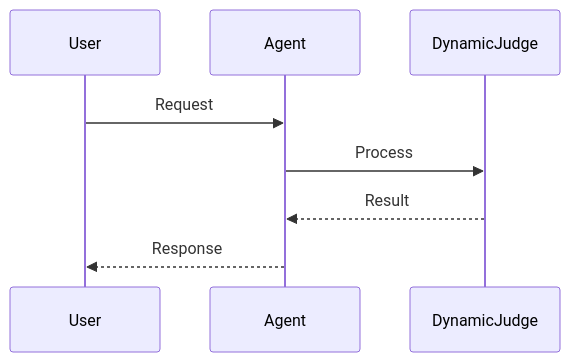
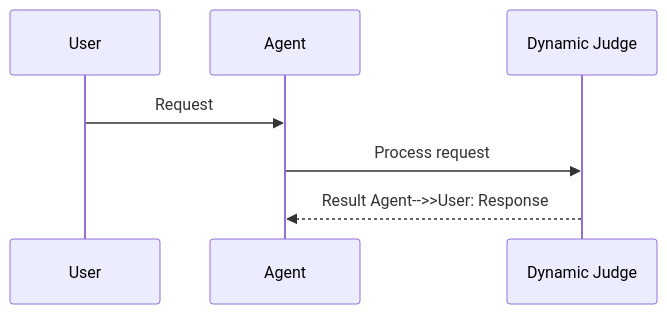
One commit to MervinPraison/PraisonAIDocs changed the second of 2 diagrams in docs/features/dynamic-judge.mdx. Above: the diagram before and after it, drawn with Mermaid. The commit also changed 204 other files, not shown here.

First line of the commit message:
docs: align feature/tool pages with AGENTS.md hero + sequence + import standards (fixes #1775)

````diff
--- a/docs/features/dynamic-judge.mdx
+++ b/docs/features/dynamic-judge.mdx
@@ -45,11 +45,10 @@
 ```mermaid
 sequenceDiagram
     participant User
     participant Agent
-    participant DynamicJudge
+    participant Feature as Dynamic Judge
 
     User->>Agent: Request
-    Agent->>DynamicJudge: Process
-    DynamicJudge-->>Agent: Result
-    Agent-->>User: Response
+    Agent->>Feature: Process request
+    Feature-->>Agent: Result    Agent-->>User: Response
 ```
````
